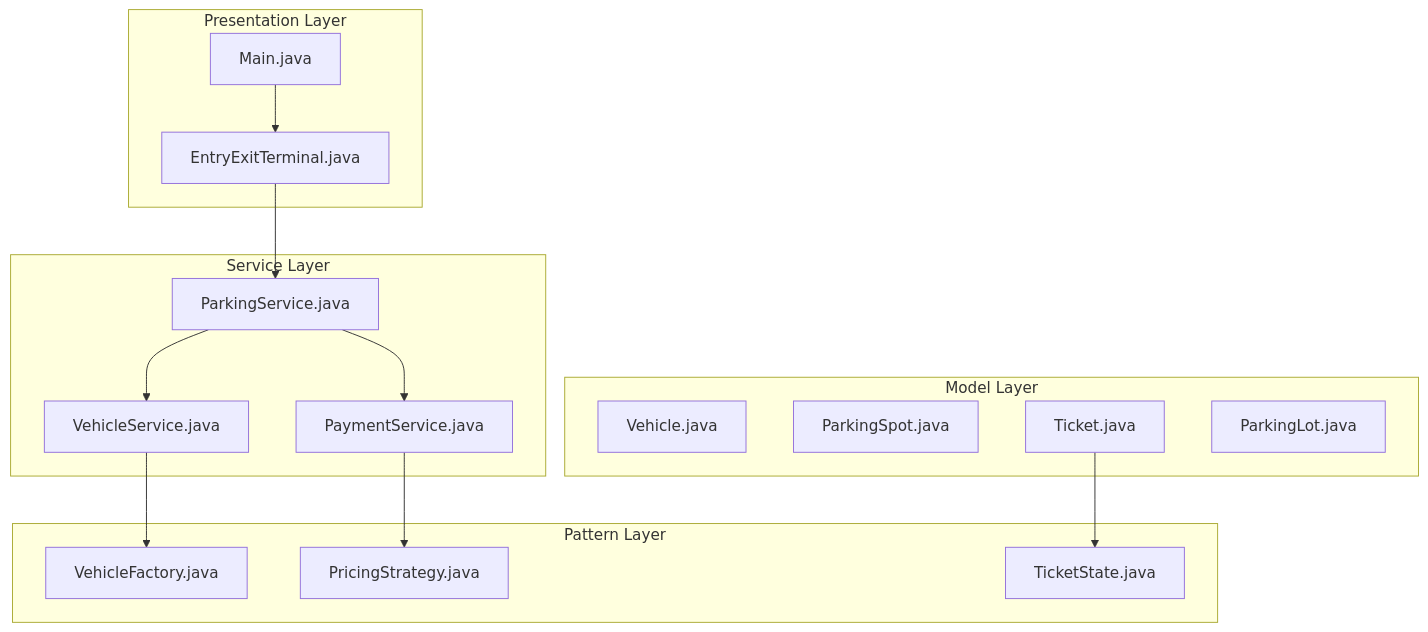
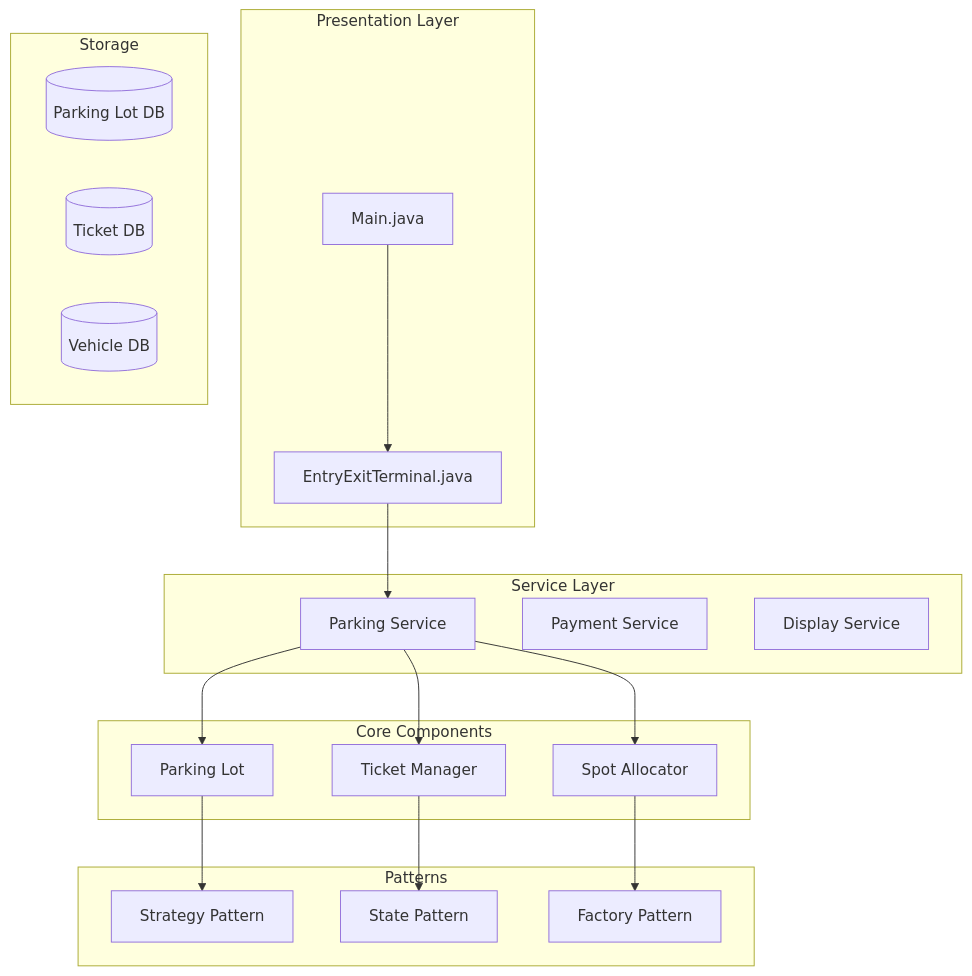
Before and after one commit to javaengineeringacademy/java-engineering-academy: the first of 2 diagrams in 01-programming-languages/Java/02-oop/33-mini-projects/advanced/parking-lot/README.md, drawn with Mermaid. The commit also changed other lines of this file and 48 other files, not shown here.

First line of the commit message:
fix: final polish for 10/10 - split long READMEs, fix duplicates, add diagrams

````diff
--- a/01-programming-languages/Java/02-oop/33-mini-projects/advanced/parking-lot/README.md
+++ b/01-programming-languages/Java/02-oop/33-mini-projects/advanced/parking-lot/README.md
@@ -45,34 +45,40 @@
 ```mermaid
 graph TB
     subgraph Presentation Layer
         Main[Main.java]
         Terminal[EntryExitTerminal.java]
     end
     
     subgraph Service Layer
-        PS[ParkingService.java]
-        VS[VehicleService.java]
-        PayS[PaymentService.java]
+        ParkingService[Parking Service]
+        PaymentService[Payment Service]
+        DisplayService[Display Service]
     end
     
-    subgraph Pattern Layer
-        Factory[VehicleFactory.java]
-        Strategy[PricingStrategy.java]
-        State[TicketState.java]
+    subgraph Core Components
+        ParkingLot[Parking Lot]
+        SpotAllocator[Spot Allocator]
+        TicketManager[Ticket Manager]
     end
     
-    subgraph Model Layer
-        V[Vehicle.java]
-        PS2[ParkingSpot.java]
-        T[Ticket.java]
-        PL[ParkingLot.java]
+    subgraph Patterns
+        Strategy[Strategy Pattern]
+        State[State Pattern]
+        Factory[Factory Pattern]
+    end
+    
+    subgraph Storage
+        LotDB[(Parking Lot DB)]
+        TicketDB[(Ticket DB)]
+        VehicleDB[(Vehicle DB)]
     end
     
     Main --> Terminal
-    Terminal --> PS
-    PS --> VS
-    PS --> PayS
-    VS --> Factory
-    PayS --> Strategy
-    T --> State
+    Terminal --> ParkingService
+    ParkingService --> ParkingLot
+    ParkingService --> SpotAllocator
+    ParkingService --> TicketManager
+    ParkingLot --> Strategy
+    TicketManager --> State
+    SpotAllocator --> Factory
 ```
````
